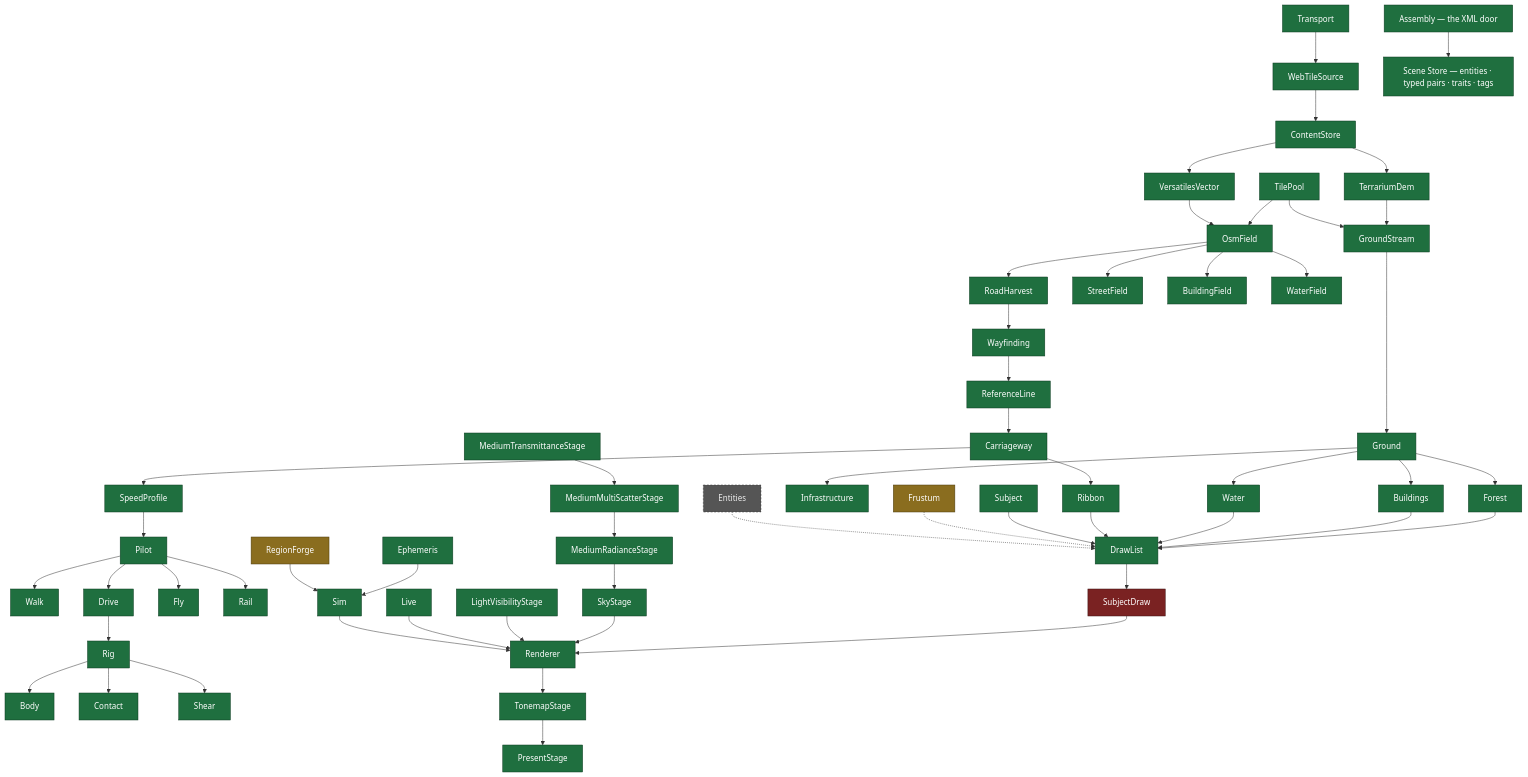
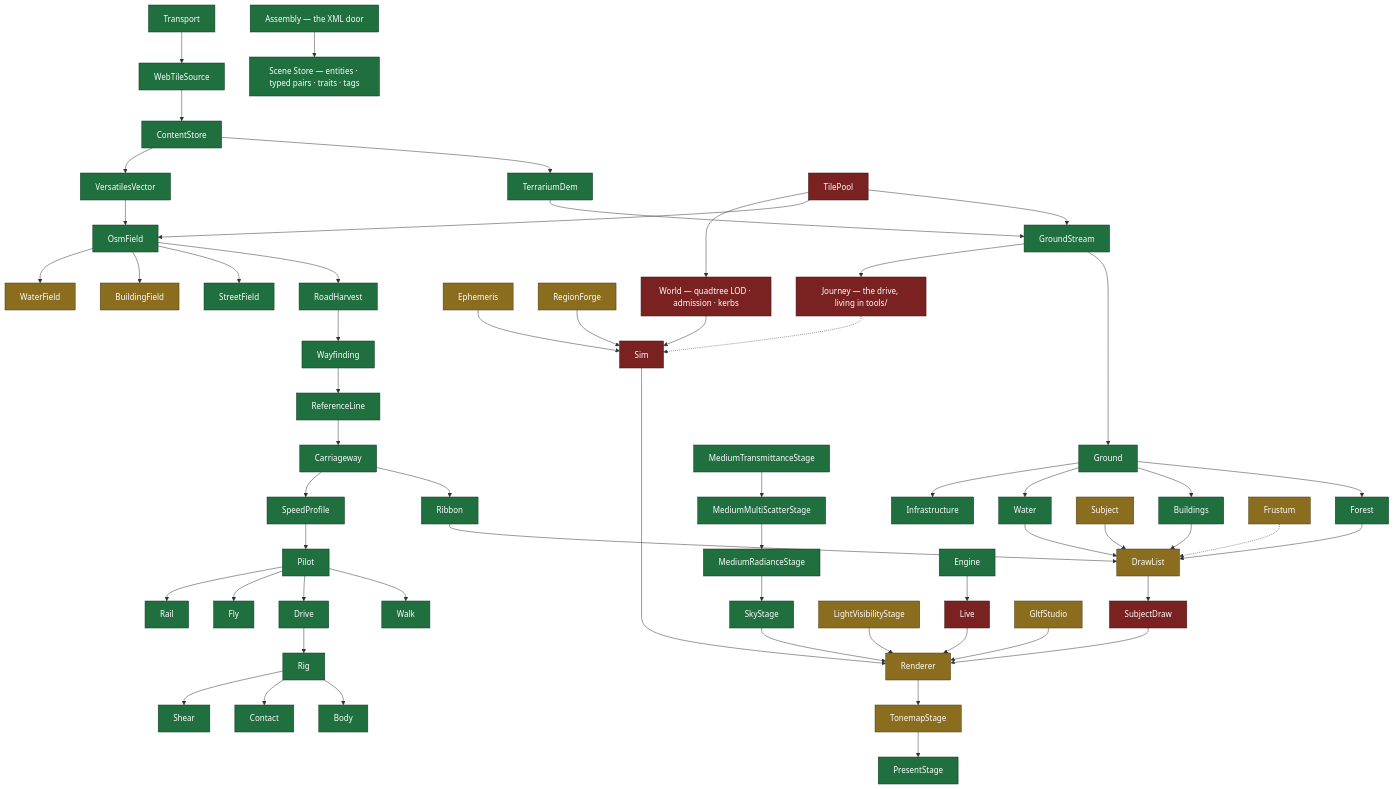
One commit to Weichwolf/outshine changed the sixth of 11 diagrams in CLAUDE.md. Above: the diagram before and after it, drawn with Mermaid. The commit also changed other lines of this file, not shown here.

Commit message:
CLAUDE.md: the class map is coloured as architecture by the independent adjudication
Five red nodes were 48's biggest classes; World and Journey join the map (red), Engine and the
scene bricks join it green, Entities leaves it -- the scene store replaced it and the old node
lied about the tree. The middle is sound; the rot sits at the orchestration edges.

````diff
--- a/CLAUDE.md
+++ b/CLAUDE.md
@@ -154,31 +154,33 @@
 ```mermaid
 flowchart TD
   Transport --> WebTileSource --> ContentStore --> TerrariumDem & VersatilesVector
   TerrariumDem --> GroundStream
   TilePool --> GroundStream & OsmField
   VersatilesVector --> OsmField --> RoadHarvest --> Wayfinding
   OsmField --> StreetField & BuildingField & WaterField
   GroundStream --> Ground --> Forest & Buildings & Water & Infrastructure
   Wayfinding --> ReferenceLine --> Carriageway --> Ribbon
   Carriageway --> SpeedProfile --> Pilot --> Walk & Drive & Fly & Rail
   Drive --> Rig --> Body
   Rig --> Contact & Shear
   Forest & Buildings & Water & Ribbon & Subject --> DrawList
   DrawList --> SubjectDraw --> Renderer
   MediumTransmittanceStage --> MediumMultiScatterStage --> MediumRadianceStage --> SkyStage --> Renderer
   LightVisibilityStage --> Renderer --> TonemapStage --> PresentStage
   Live --> Renderer
   Ephemeris & RegionForge --> Sim --> Renderer
   Frustum -.-> DrawList
-  Entities -.-> DrawList
+  TilePool --> World["World — quadtree LOD · admission · kerbs"] --> Sim
+  GroundStream --> Journey["Journey — the drive, living in tools/"]
+  Journey -.-> Sim
+  Engine --> Live
+  GltfStudio --> Renderer
   Assembly["Assembly — the XML door"] --> SceneStore["Scene Store — entities · typed pairs · traits · tags"]
 
-  classDef built fill:#1f6f3f,stroke:#0d3b21,color:#fff
-  classDef idle fill:#8a6d1f,stroke:#4a3a0d,color:#fff
+  classDef sound fill:#1f6f3f,stroke:#0d3b21,color:#fff
+  classDef unsure fill:#8a6d1f,stroke:#4a3a0d,color:#fff
   classDef wrong fill:#7a2222,stroke:#3d1111,color:#fff
-  classDef absent fill:#555,stroke:#333,color:#eee,stroke-dasharray:4 3
-  class Transport,WebTileSource,ContentStore,TerrariumDem,VersatilesVector,TilePool,GroundStream,OsmField,RoadHarvest,Wayfinding,StreetField,BuildingField,WaterField,Ground,Forest,Buildings,Water,Infrastructure,ReferenceLine,Carriageway,Ribbon,SpeedProfile,Pilot,Walk,Drive,Fly,Rail,Rig,Body,Contact,Shear,Subject,DrawList,Renderer,TonemapStage,PresentStage,Live,Sim,Assembly,SceneStore,Ephemeris,MediumTransmittanceStage,MediumMultiScatterStage,MediumRadianceStage,SkyStage,LightVisibilityStage built
-  class Frustum,RegionForge idle
-  class SubjectDraw wrong
-  class Entities absent
+  class Transport,WebTileSource,ContentStore,TerrariumDem,VersatilesVector,GroundStream,OsmField,RoadHarvest,Wayfinding,StreetField,Ground,Forest,Buildings,Water,Infrastructure,ReferenceLine,Carriageway,Ribbon,SpeedProfile,Pilot,Walk,Drive,Fly,Rail,Rig,Body,Contact,Shear,MediumTransmittanceStage,MediumMultiScatterStage,MediumRadianceStage,SkyStage,PresentStage,Engine,SceneStore,Assembly sound
+  class BuildingField,WaterField,Subject,DrawList,Renderer,TonemapStage,LightVisibilityStage,Frustum,Ephemeris,RegionForge,GltfStudio unsure
+  class TilePool,World,SubjectDraw,Sim,Live,Journey wrong
 ```
````
